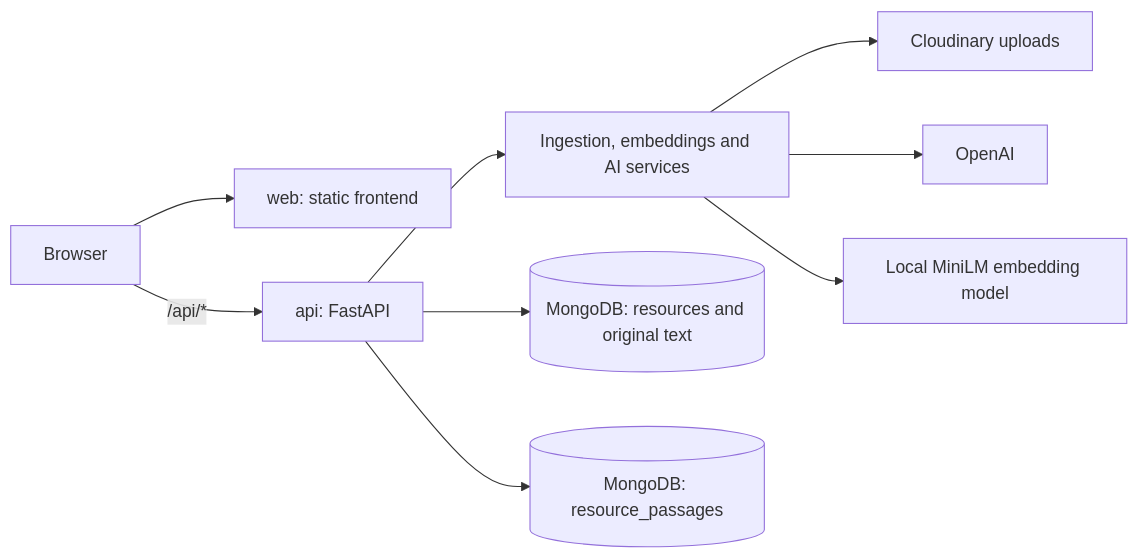
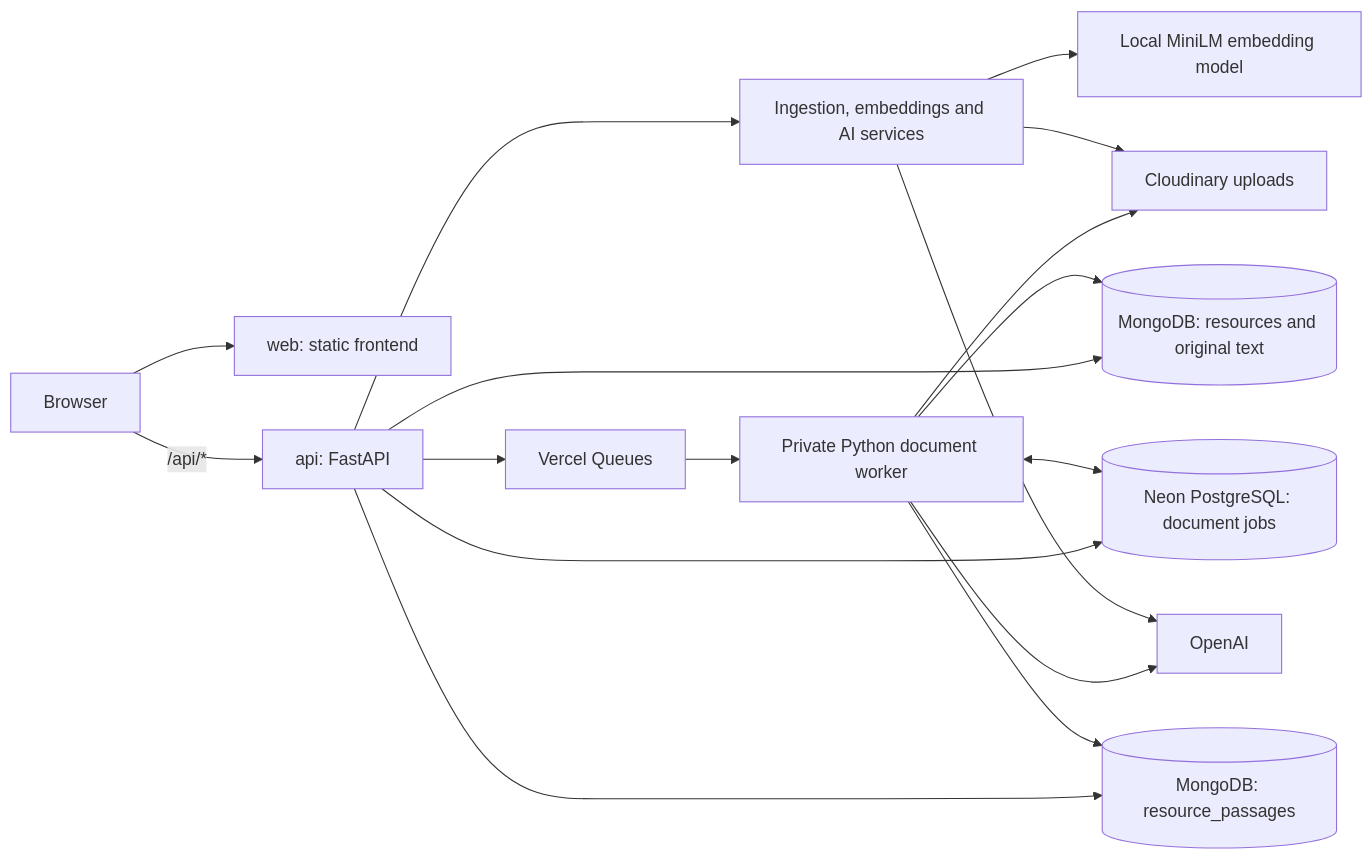
One commit to HuVddme/buddysBrain changed the diagram in docs/architecture.md. Above: the diagram before and after it, drawn with Mermaid. The commit also changed other lines of this file and 26 other files, not shown here.

Commit message:
Add durable document ingestion with PostgreSQL jobs and background processing

````diff
--- a/docs/architecture.md
+++ b/docs/architecture.md
@@ -7,11 +7,19 @@
 ```mermaid
 flowchart LR
     Visitor[Browser] --> Web[web: static frontend]
     Visitor -->|/api/*| API[api: FastAPI]
     API --> Services[Ingestion, embeddings and AI services]
     API --> Mongo[(MongoDB: resources and original text)]
     API --> Passages[(MongoDB: resource_passages)]
+    API --> Jobs[(Neon PostgreSQL: document jobs)]
+    API --> Queue[Vercel Queues]
+    Queue --> Worker[Private Python document worker]
+    Worker <--> Jobs
+    Worker --> Mongo
+    Worker --> Passages
+    Worker --> Cloudinary
+    Worker --> OpenAI
     Services --> Cloudinary[Cloudinary uploads]
     Services --> OpenAI[OpenAI]
     Services --> Model[Local MiniLM embedding model]
 ```
````
